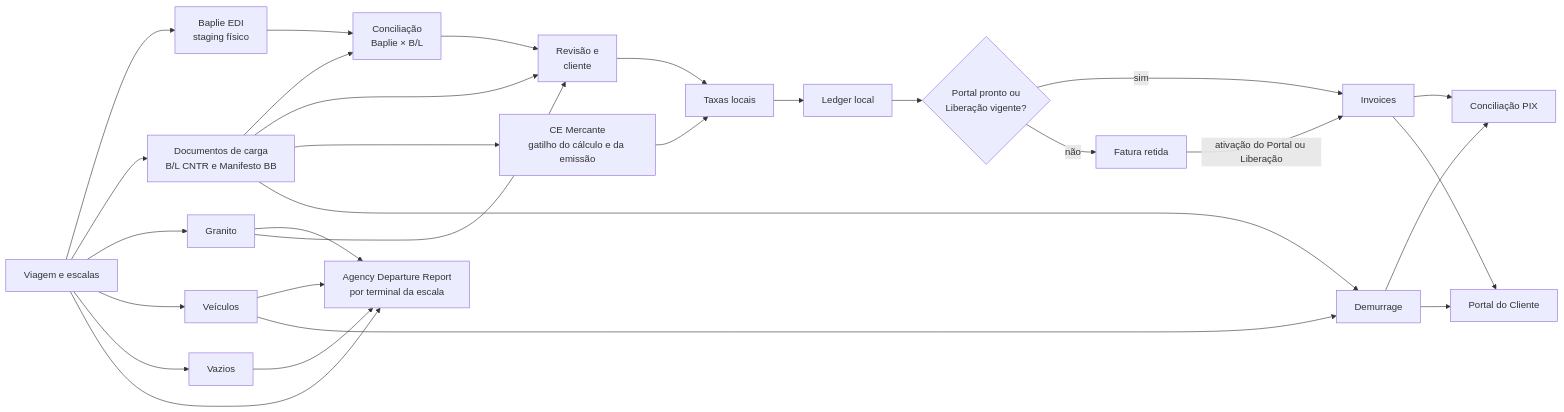
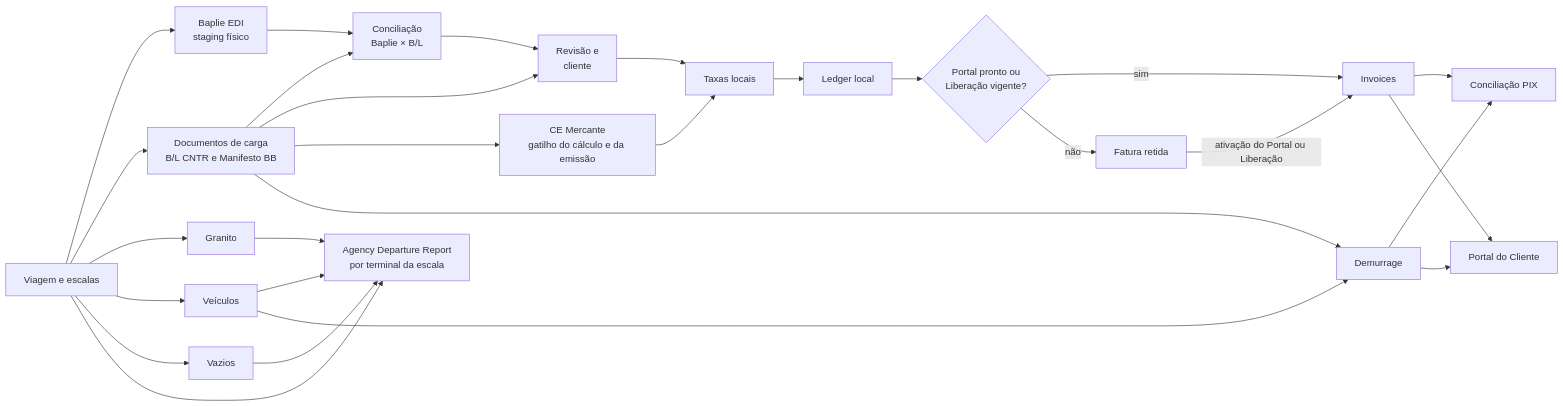
The second of 2 diagrams in docs/ARCHITECTURE.md (luccafwlog/vela), drawn with Mermaid before and after one commit. The commit also changed other lines of this file and 71 other files, not shown here.

````diff
--- a/docs/ARCHITECTURE.md
+++ b/docs/ARCHITECTURE.md
@@ -368,50 +368,49 @@
 ```mermaid
 flowchart LR
     Voyage["Viagem e escalas"]
     Baplie["Baplie EDI<br/>staging físico"]
     Manifest["Documentos de carga<br/>B/L CNTR e Manifesto BB"]
     Granite["Granito"]
     Vehicles["Veículos"]
     Empty["Vazios"]
     Reconcile["Conciliação<br/>Baplie × B/L"]
     Review["Revisão e<br/>cliente"]
     CE["CE Mercante<br/>gatilho do cálculo e da emissão"]
     AgencyReport["Agency Departure Report<br/>por terminal da escala"]
     Charges["Taxas locais"]
     Ledger["Ledger local"]
     Gate{"Portal pronto ou<br/>Liberação vigente?"}
     Held["Fatura retida"]
     Invoice["Invoices"]
     Demurrage["Demurrage"]
     Pix["Conciliação PIX"]
     ClientPortal["Portal do Cliente"]
 
     Voyage --> Baplie
     Voyage --> Manifest
     Voyage --> Granite
     Voyage --> Vehicles
     Voyage --> Empty
     Voyage --> AgencyReport
     Empty --> AgencyReport
     Vehicles --> AgencyReport
     Granite --> AgencyReport
     Baplie --> Reconcile
     Manifest --> Reconcile
     Reconcile --> Review
     Manifest --> Review
-    Granite --> Review
     Manifest --> CE
     Review --> Charges
     CE --> Charges
     Charges --> Ledger
     Ledger --> Gate
     Gate -->|sim| Invoice
     Gate -->|não| Held
     Held -->|ativação do Portal ou Liberação| Invoice
     Vehicles --> Demurrage
     Manifest --> Demurrage
     Demurrage --> Pix
     Invoice --> Pix
     Invoice --> ClientPortal
     Demurrage --> ClientPortal
 ```
````
